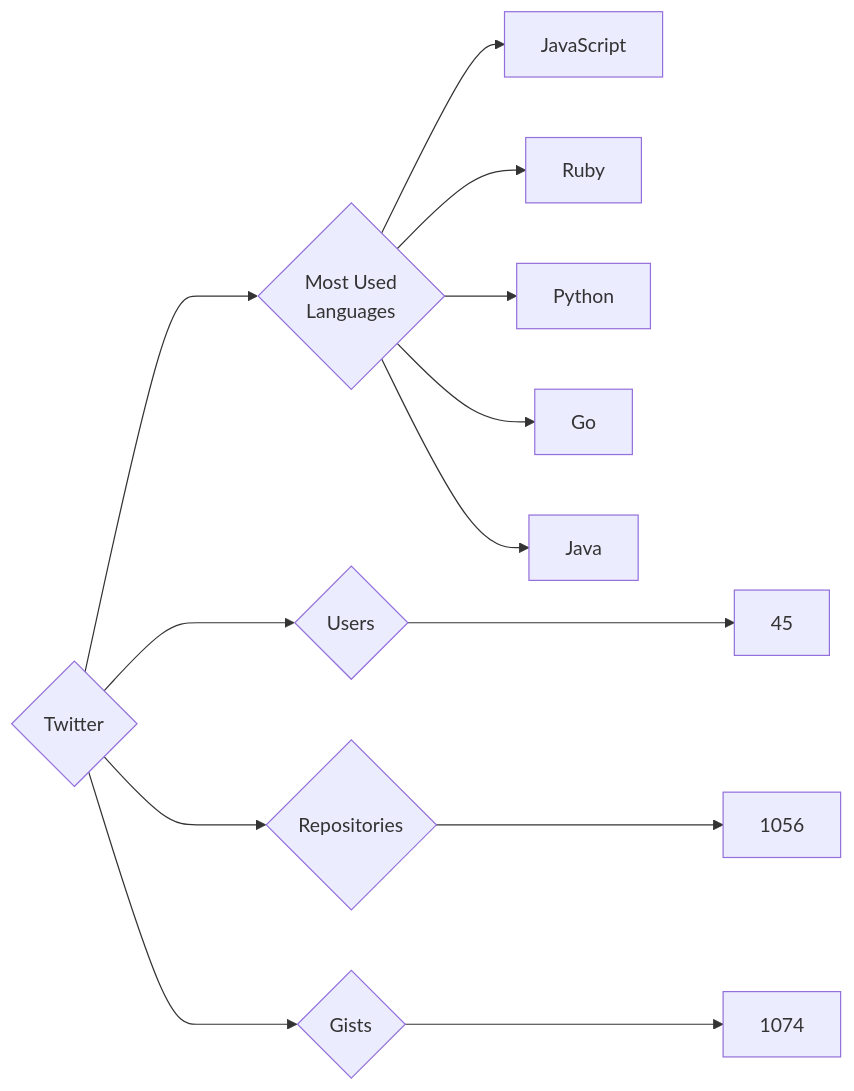
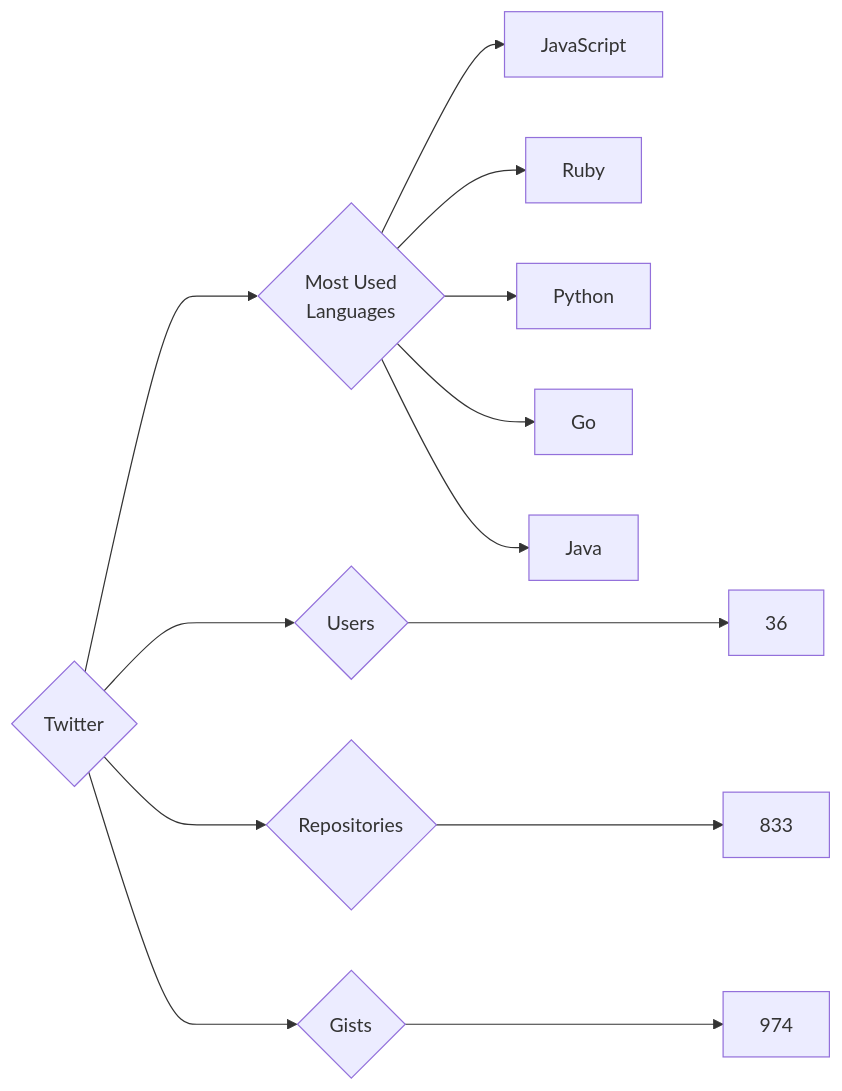
Before and after one commit to trickest/insiders: the diagram in targets/Twitter/README.md, drawn with Mermaid. The commit also changed 928 other files, not shown here.

````diff
--- a/targets/Twitter/README.md
+++ b/targets/Twitter/README.md
@@ -3,13 +3,13 @@
 ```mermaid
 graph LR
 COMPANY_NAME{Twitter}
-COMPANY_NAME ---> U{Users} ---> UN[45]
-COMPANY_NAME ---> R{Repositories} ---> RN[1056]
-COMPANY_NAME ---> G{Gists} ---> GN[1074]
+COMPANY_NAME ---> U{Users} ---> UN[36]
+COMPANY_NAME ---> R{Repositories} ---> RN[833]
+COMPANY_NAME ---> G{Gists} ---> GN[974]
 COMPANY_NAME ---> ML{Most Used<br>Languages}
 ML --> JavaScript[JavaScript]
 ML --> Ruby[Ruby]
 ML --> Python[Python]
 ML --> Go[Go]
 ML --> Java[Java]
 ```
````
